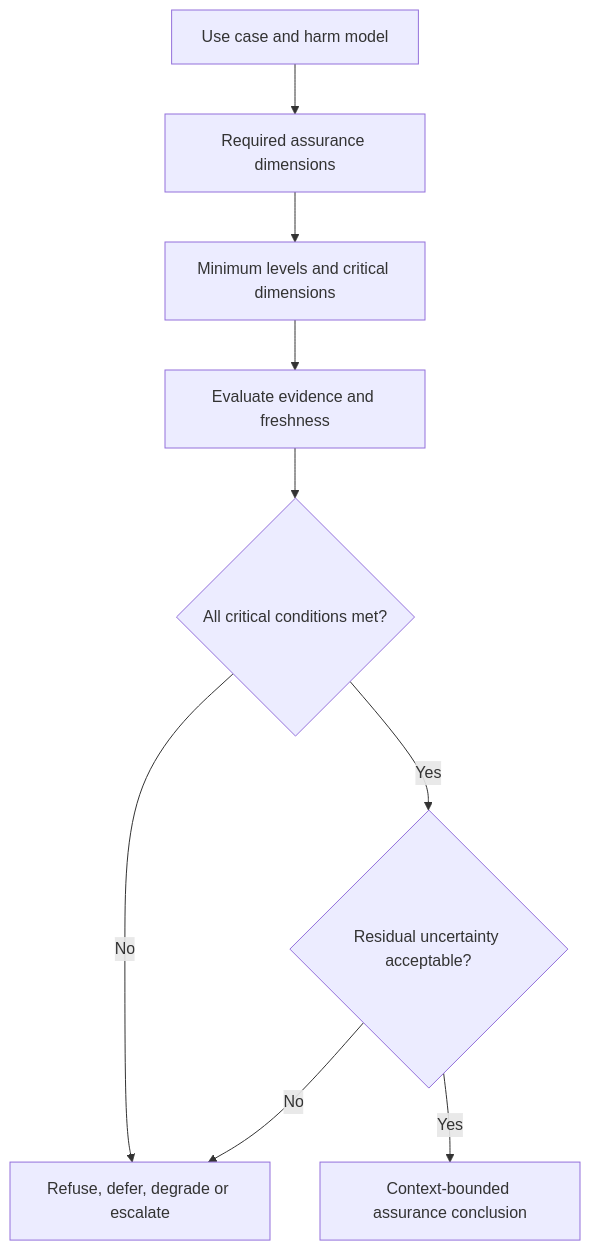
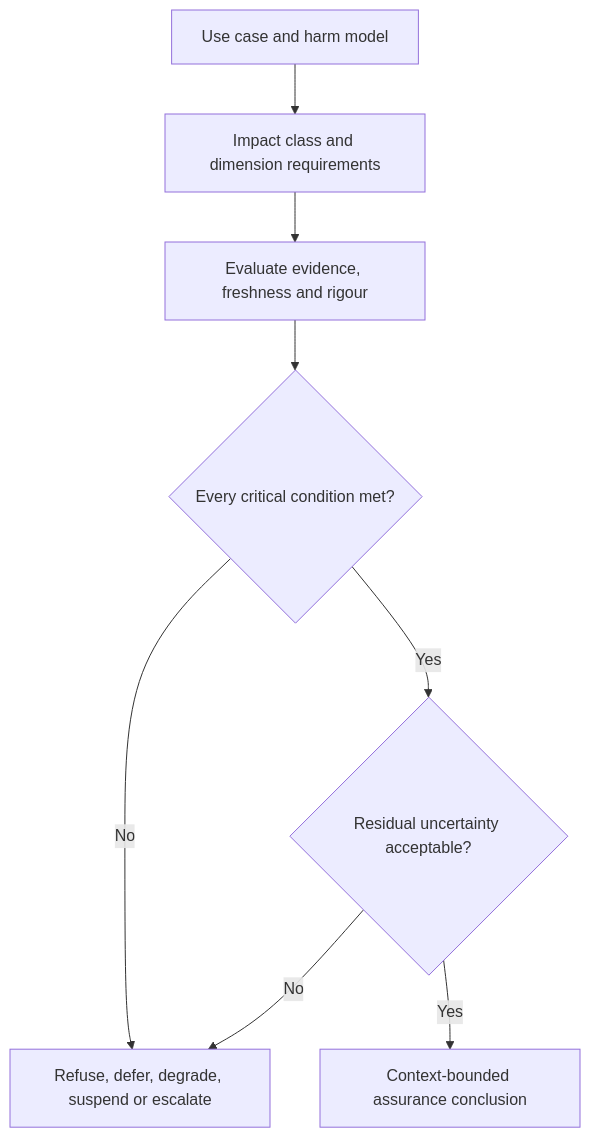
The diagram in docs/assurance/assurance-composition.md (sankarshanmukhopadhyay/open-national-digital-trust-framework), drawn with Mermaid before and after one commit. The commit also changed other lines of this file and 35 other files, not shown here.

````diff
--- a/docs/assurance/assurance-composition.md
+++ b/docs/assurance/assurance-composition.md
@@ -12,11 +13,10 @@
 ```mermaid
 flowchart TD
-  U[Use case and harm model] --> R[Required assurance dimensions]
-  R --> M[Minimum levels and critical dimensions]
-  M --> V[Evaluate evidence and freshness]
-  V --> C{All critical conditions met?}
-  C -->|No| X[Refuse, defer, degrade or escalate]
+  U[Use case and harm model] --> R[Impact class and dimension requirements]
+  R --> V[Evaluate evidence, freshness and rigour]
+  V --> C{Every critical condition met?}
+  C -->|No| X[Refuse, defer, degrade, suspend or escalate]
   C -->|Yes| Q{Residual uncertainty acceptable?}
   Q -->|No| X
   Q -->|Yes| A[Context-bounded assurance conclusion]
 ```
````
